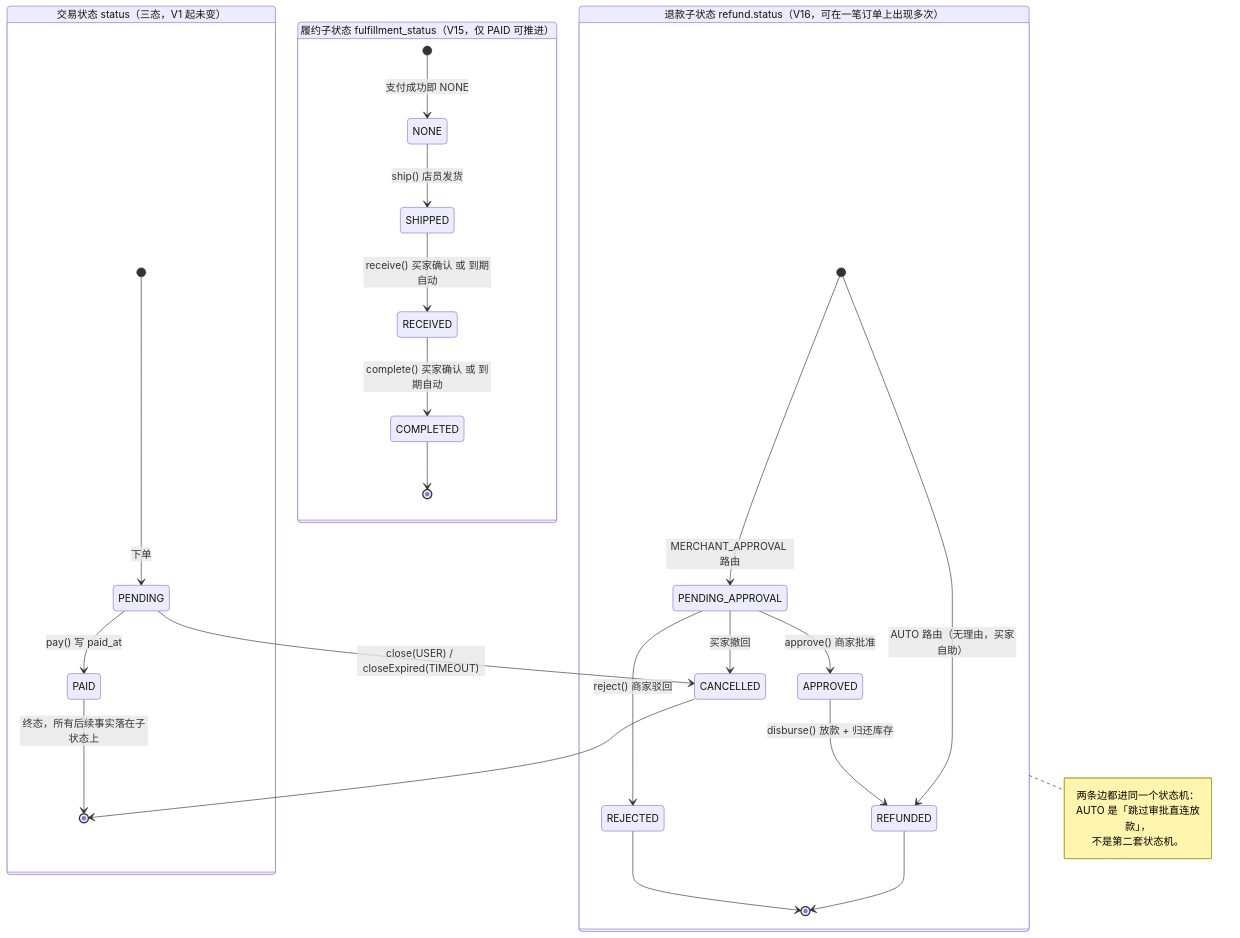
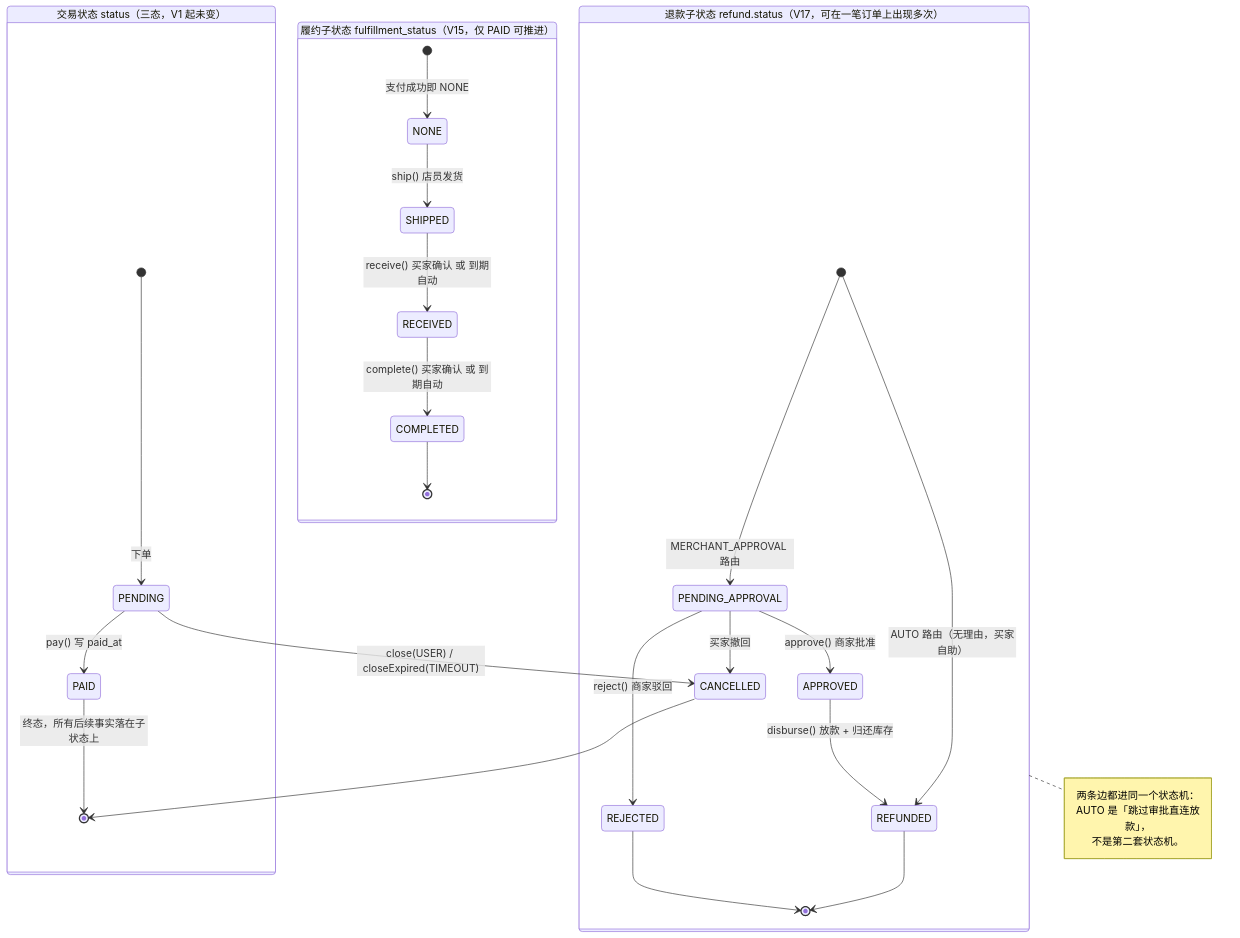
One commit to xyh-1723/shopping-web changed the first of 2 diagrams in docs/退款与履约设计方案.md. Above: the diagram before and after it, drawn with Mermaid. The commit also changed other lines of this file and 17 other files, not shown here.

````diff
--- a/docs/退款与履约设计方案.md
+++ b/docs/退款与履约设计方案.md
@@ -81,33 +81,33 @@
 ```mermaid
 stateDiagram-v2
     direction TB
     state "交易状态 status（三态，V1 起未变）" as tx {
         [*] --> PENDING : 下单
         PENDING --> PAID : pay() 写 paid_at
         PENDING --> CANCELLED : close(USER) / closeExpired(TIMEOUT)
         PAID --> [*] : 终态，所有后续事实落在子状态上
         CANCELLED --> [*]
     }
     state "履约子状态 fulfillment_status（V15，仅 PAID 可推进）" as fu {
         [*] --> NONE : 支付成功即 NONE
         NONE --> SHIPPED : ship() 店员发货
         SHIPPED --> RECEIVED : receive() 买家确认 或 到期自动
         RECEIVED --> COMPLETED : complete() 买家确认 或 到期自动
         COMPLETED --> [*]
     }
-    state "退款子状态 refund.status（V16，可在一笔订单上出现多次）" as rf {
+    state "退款子状态 refund.status（V17，可在一笔订单上出现多次）" as rf {
         [*] --> PENDING_APPROVAL : MERCHANT_APPROVAL 路由
         PENDING_APPROVAL --> APPROVED : approve() 商家批准
         PENDING_APPROVAL --> REJECTED : reject() 商家驳回
         PENDING_APPROVAL --> CANCELLED : 买家撤回
         APPROVED --> REFUNDED : disburse() 放款 + 归还库存
         [*] --> REFUNDED : AUTO 路由（无理由，买家自助）
         REJECTED --> [*]
         REFUNDED --> [*]
     }
     note right of rf
       两条边都进同一个状态机：
       AUTO 是「跳过审批直连放款」，
       不是第二套状态机。
     end note
 ```
````
